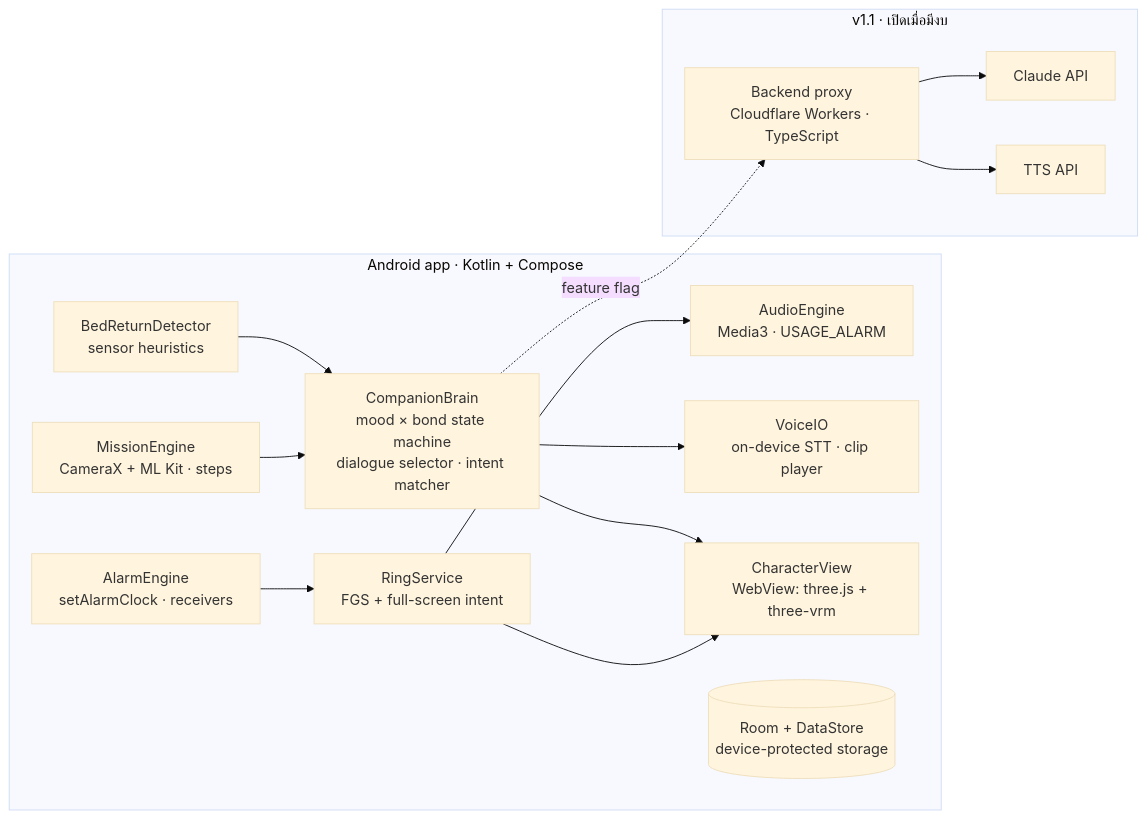
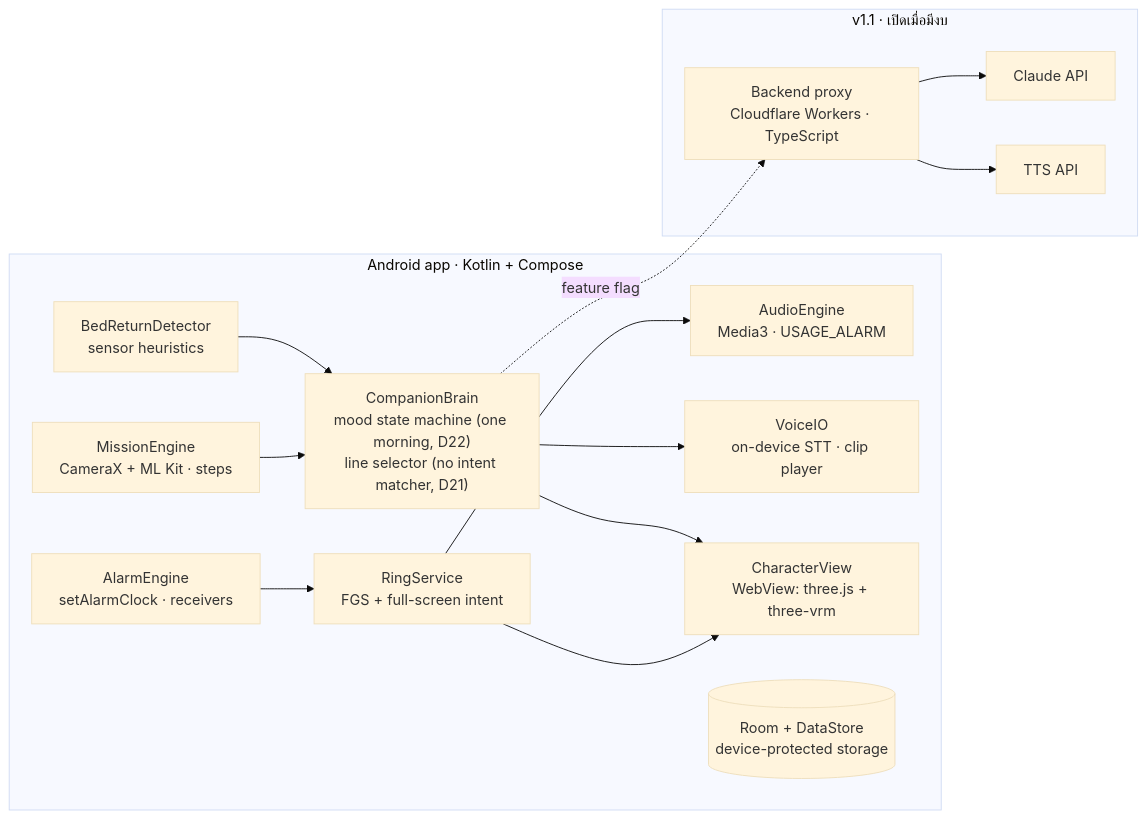
One commit to Earthkodyai/rin changed the diagram in docs/plan/05-architecture.md. Above: the diagram before and after it, drawn with Mermaid (base theme). The commit also changed 15 other files, not shown here.

First line of the commit message:
D22: every morning stands alone; no streak, no Bond level (ADR 0004)

````diff
--- a/docs/plan/05-architecture.md
+++ b/docs/plan/05-architecture.md
@@ -3,27 +3,27 @@
 ```mermaid
 flowchart LR
   subgraph App["Android app · Kotlin + Compose"]
     AE["AlarmEngine<br/>setAlarmClock · receivers"]
     RS["RingService<br/>FGS + full-screen intent"]
     AU["AudioEngine<br/>Media3 · USAGE_ALARM"]
     ME["MissionEngine<br/>CameraX + ML Kit · steps"]
     BD["BedReturnDetector<br/>sensor heuristics"]
-    CB["CompanionBrain<br/>mood × bond state machine<br/>dialogue selector · intent matcher"]
+    CB["CompanionBrain<br/>mood state machine (one morning, D22)<br/>line selector (no intent matcher, D21)"]
     VI["VoiceIO<br/>on-device STT · clip player"]
     CV["CharacterView<br/>WebView: three.js + three-vrm"]
     DB[("Room + DataStore<br/>device-protected storage")]
   end
   subgraph Later["v1.1 · เปิดเมื่อมีงบ"]
     BE["Backend proxy<br/>Cloudflare Workers · TypeScript"]
     LLM["Claude API"]
     TTS["TTS API"]
   end
   AE --> RS --> AU
   RS --> CV
   CB --> CV
   CB --> VI
   ME --> CB
   BD --> CB
   CB -. feature flag .-> BE --> LLM
   BE --> TTS
 ```
````
